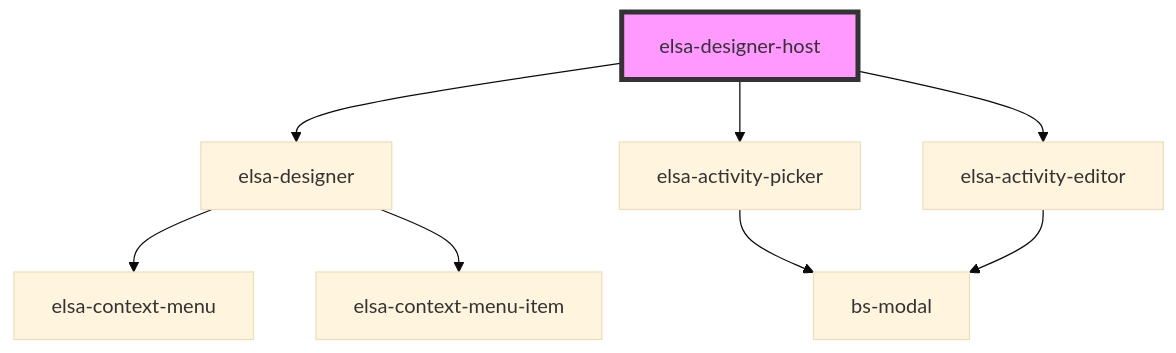
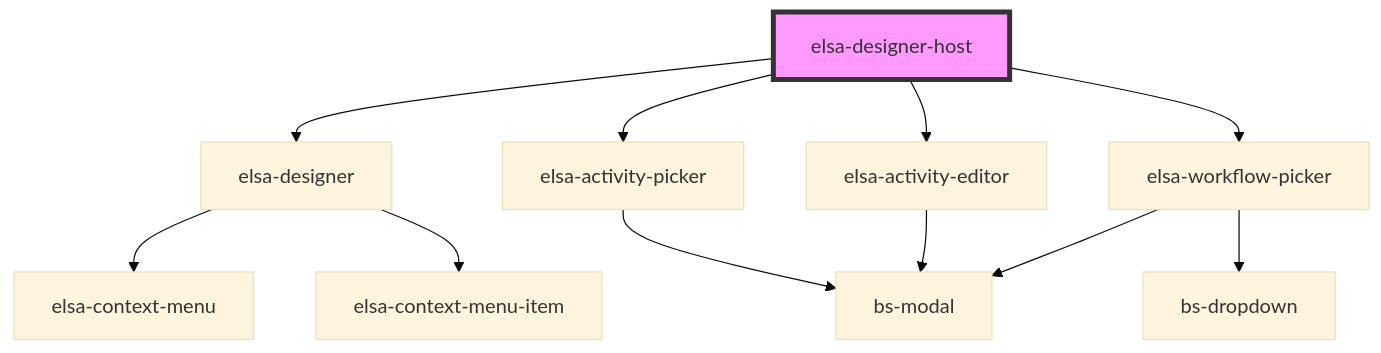
One commit to elsa-workflows/elsa-designer changed the diagram in v2/src/components/designer-host/readme.md. Above: the diagram before and after it, drawn with Mermaid (base theme). The commit also changed other lines of this file and 20 other files, not shown here.

````diff
--- a/v2/src/components/designer-host/readme.md
+++ b/v2/src/components/designer-host/readme.md
@@ -57,11 +58,14 @@
 ```mermaid
 graph TD;
   elsa-designer-host --> elsa-designer
   elsa-designer-host --> elsa-activity-picker
   elsa-designer-host --> elsa-activity-editor
+  elsa-designer-host --> elsa-workflow-picker
   elsa-designer --> elsa-context-menu
   elsa-designer --> elsa-context-menu-item
   elsa-activity-picker --> bs-modal
   elsa-activity-editor --> bs-modal
+  elsa-workflow-picker --> bs-dropdown
+  elsa-workflow-picker --> bs-modal
   style elsa-designer-host fill:#f9f,stroke:#333,stroke-width:4px
 ```
````
